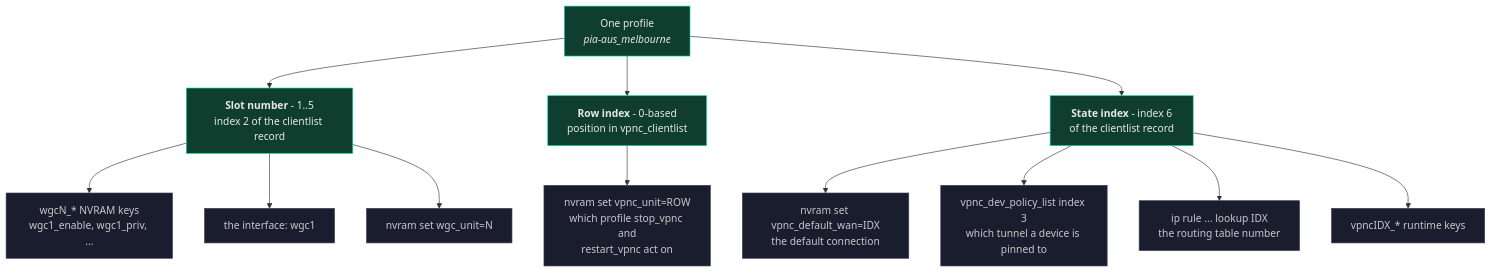
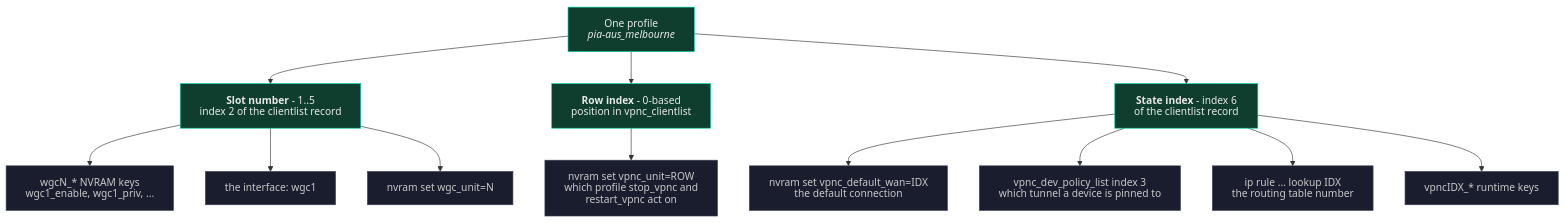
One commit to ExponentiallyDigital/cfg-pia-wg changed the ninth of 13 diagrams in ARCHITECTURE.md. Above: the diagram before and after it, drawn with Mermaid. The commit also changed other lines of this file and 5 other files, not shown here.

Commit message:
v0.8.188 build 558 - Mermaid labels drawn as SVG text so they aren't clipped on Android, and README test figures updated

````diff
--- a/ARCHITECTURE.md
+++ b/ARCHITECTURE.md
@@ -812,26 +822,31 @@
 ```mermaid
+%%{init: {"htmlLabels": false, "flowchart": {"wrappingWidth": 400}}}%%
 graph TD
-    P["One profile<br/><i>pia-aus_melbourne</i>"]
+    P["`One profile
+*pia-aus_melbourne*`"]
 
-    P --> S["<b>Slot number</b> - 1..5<br/>index 2 of the clientlist record"]
-    P --> R["<b>Row index</b> - 0-based<br/>position in vpnc_clientlist"]
-    P --> X["<b>State index</b> - index 6<br/>of the clientlist record"]
+    P --> S["`**Slot number** - 1..5
+index 2 of the clientlist record`"]
+    P --> R["`**Row index** - 0-based
+position in vpnc_clientlist`"]
+    P --> X["`**State index** - index 6
+of the clientlist record`"]
 
     S --> S1["wgcN_* NVRAM keys<br/>wgc1_enable, wgc1_priv, ..."]
     S --> S2["the interface: wgc1"]
     S --> S3["nvram set wgc_unit=N"]
 
     R --> R1["nvram set vpnc_unit=ROW<br/>which profile stop_vpnc and<br/>restart_vpnc act on"]
 
     X --> X1["nvram set vpnc_default_wan=IDX<br/>the default connection"]
     X --> X2["vpnc_dev_policy_list index 3<br/>which tunnel a device is pinned to"]
     X --> X3["ip rule ... lookup IDX<br/>the routing table number"]
     X --> X4["vpncIDX_* runtime keys"]
 
     classDef go fill:#0F3D2E,stroke:#00D4AA,color:#E8E8E8
     classDef bad fill:#3D1A1A,stroke:#E05252,color:#E8E8E8
     classDef work fill:#3D2E0F,stroke:#E0A800,color:#E8E8E8
     classDef step fill:#1A1D2E,stroke:#3A3F55,color:#C8C8C8
     class P,S,R,X go
     class S1,S2,S3,R1,X1,X2,X3,X4 step
 ```
````
